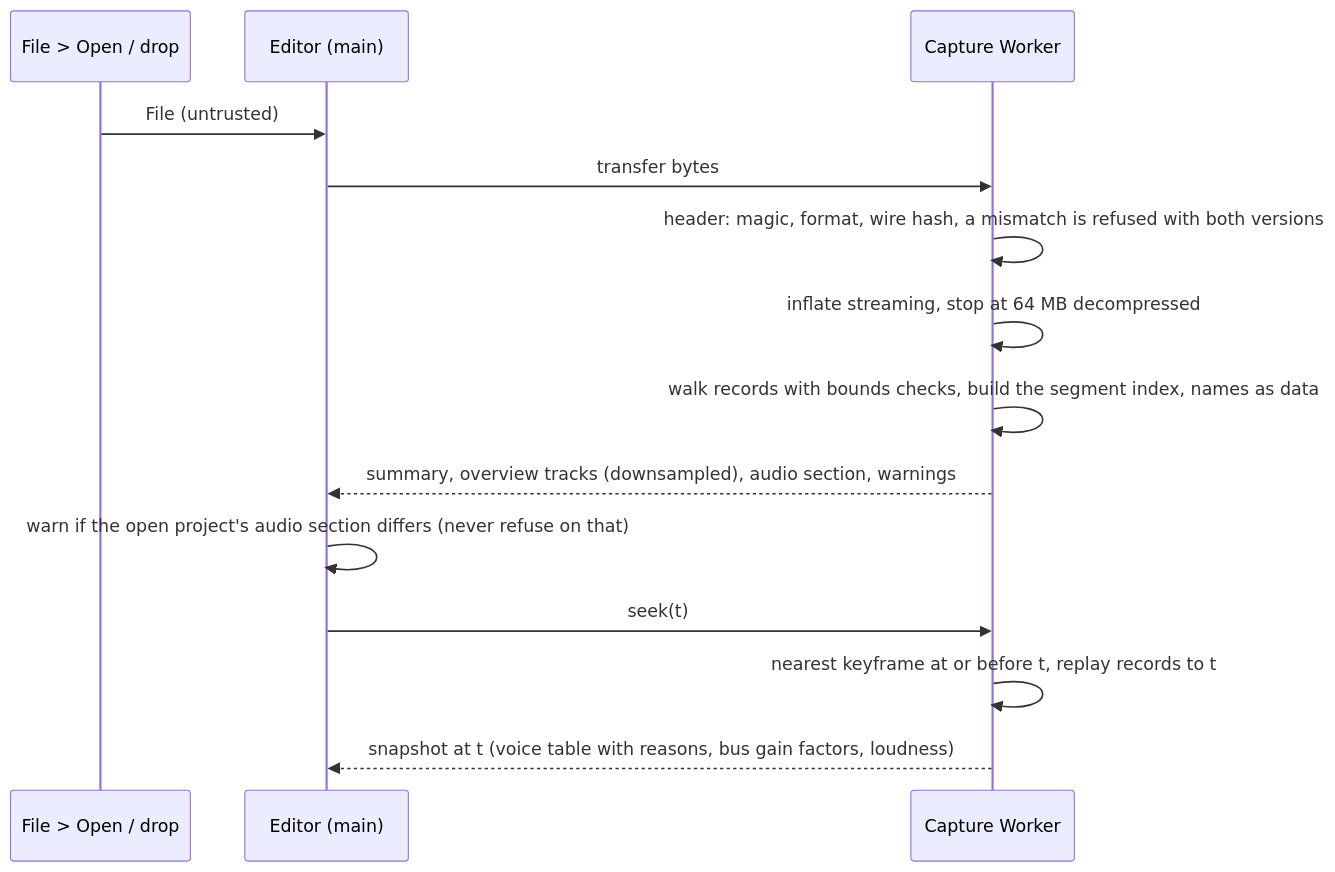
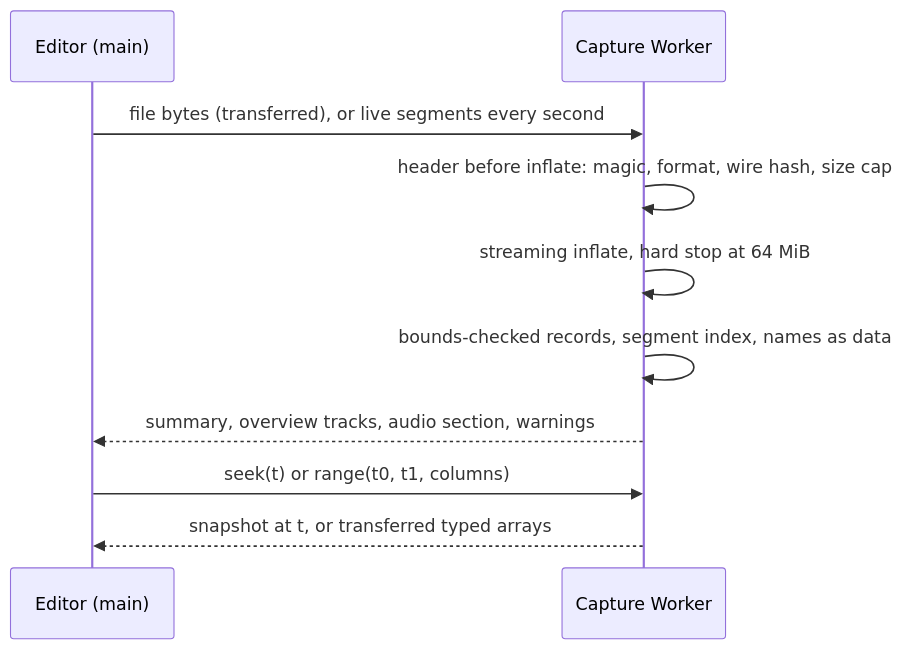
One commit to doughtnerd/TranquilityEngine changed the tenth of 10 diagrams in docs/design/0171-audio-mix/architecture.md. Above: the diagram before and after it, drawn with Mermaid. The commit also changed other lines of this file and 1 other file, not shown here.

First line of the commit message:
M5 design: architecture and contracts revision 2 (rulings R1-R25, resolutions of the senior's review)

````diff
--- a/docs/design/0171-audio-mix/architecture.md
+++ b/docs/design/0171-audio-mix/architecture.md
@@ -279,16 +310,12 @@
 ```mermaid
 sequenceDiagram
-  participant U as File > Open / drop
   participant E as Editor (main)
   participant W as Capture Worker
-  U->>E: File (untrusted)
-  E->>W: transfer bytes
-  W->>W: header: magic, format, wire hash, a mismatch is refused with both versions
-  W->>W: inflate streaming, stop at 64 MB decompressed
-  W->>W: walk records with bounds checks, build the segment index, names as data
-  W-->>E: summary, overview tracks (downsampled), audio section, warnings
-  E->>E: warn if the open project's audio section differs (never refuse on that)
-  E->>W: seek(t)
-  W->>W: nearest keyframe at or before t, replay records to t
-  W-->>E: snapshot at t (voice table with reasons, bus gain factors, loudness)
+  E->>W: file bytes (transferred), or live segments every second
+  W->>W: header before inflate: magic, format, wire hash, size cap
+  W->>W: streaming inflate, hard stop at 64 MiB
+  W->>W: bounds-checked records, segment index, names as data
+  W-->>E: summary, overview tracks, audio section, warnings
+  E->>W: seek(t) or range(t0, t1, columns)
+  W-->>E: snapshot at t, or transferred typed arrays
 ```
````
